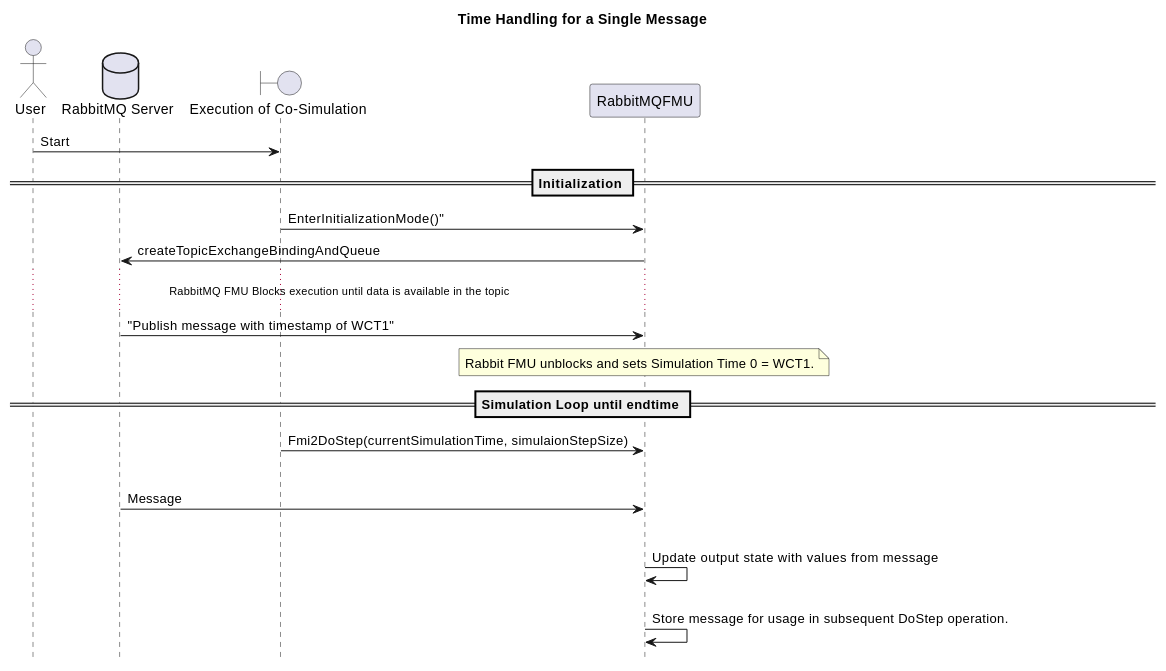
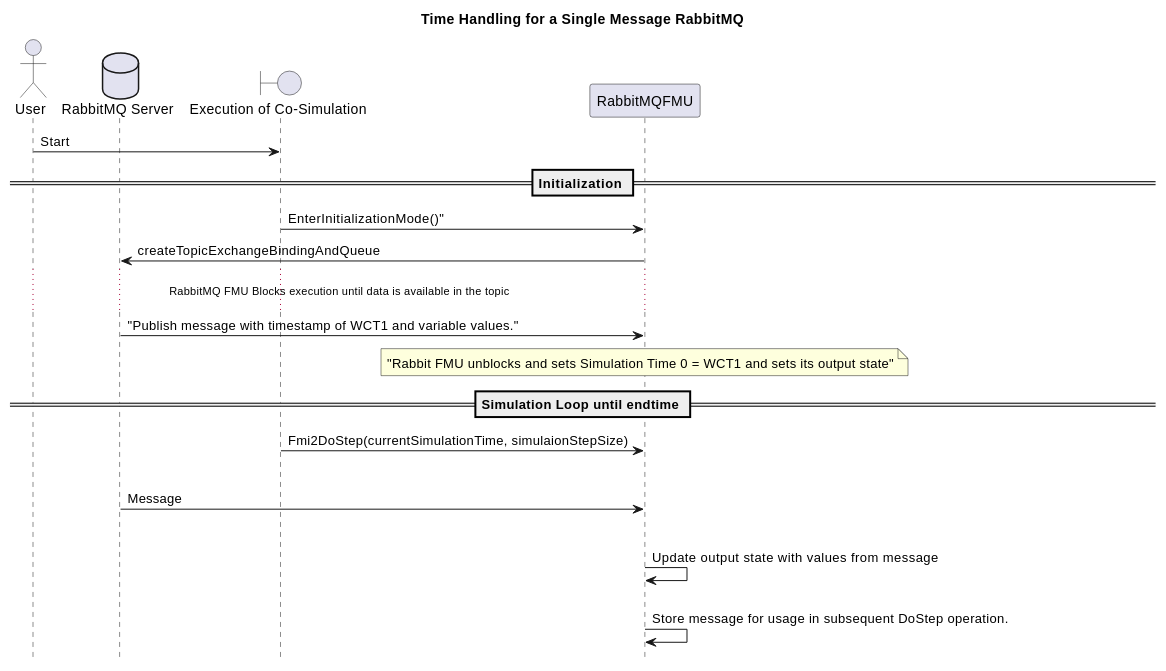
The diagram in docs/overview.rst (INTO-CPS-Association/fmu-rabbitmq), drawn with PlantUML before and after one commit. The commit also changed other lines of this file and 1 other file, not shown here.

```diff
--- a/docs/overview.rst
+++ b/docs/overview.rst
@@ -10,27 +11,27 @@
 .. uml::
 
-    title Time Handling for a Single Message
+    title Time Handling for a Single Message RabbitMQ
     hide footbox
 
     actor User
     database "RabbitMQ Server" as server
     boundary "Execution of Co-Simulation" as exec
     participant RabbitMQFMU as FMU
 
     User -> exec: Start
 
     == Initialization ==
     exec -> FMU: EnterInitializationMode()"
     FMU -> server: createTopicExchangeBindingAndQueue
     ... RabbitMQ FMU Blocks execution until data is available in the topic ...
-    server -> FMU: "Publish message with timestamp of WCT1"
-    note over FMU: Rabbit FMU unblocks and sets Simulation Time 0 = WCT1.
+    server -> FMU: "Publish message with timestamp of WCT1 and variable values."
+    note over FMU: "Rabbit FMU unblocks and sets Simulation Time 0 = WCT1 and sets its output state"
 
     == Simulation Loop until endtime ==
     exec -> FMU: Fmi2DoStep(currentSimulationTime, simulaionStepSize)
         loop FMU process messages until messageTimeStampInSimulationTime >= currentSimulationTime + simulationStepSize
         server -> FMU: Message
         alt messageTimeStampInSimulationTime <= currentSimulationTime+simulationStepSize
             FMU -> FMU: Update output state with values from message
         else messageTimeStampInSimulationTime > currentSimulationTime + simulationStepSize
             FMU -> FMU: Store message for usage in subsequent DoStep operation.
```
